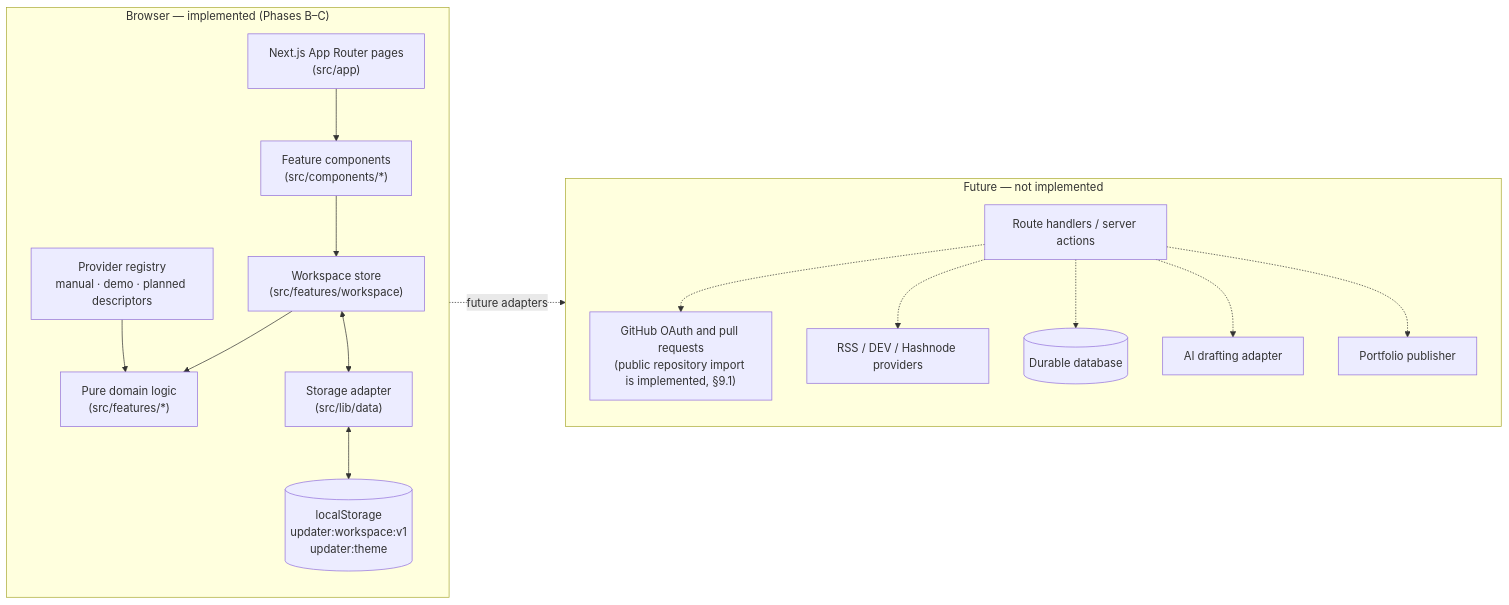
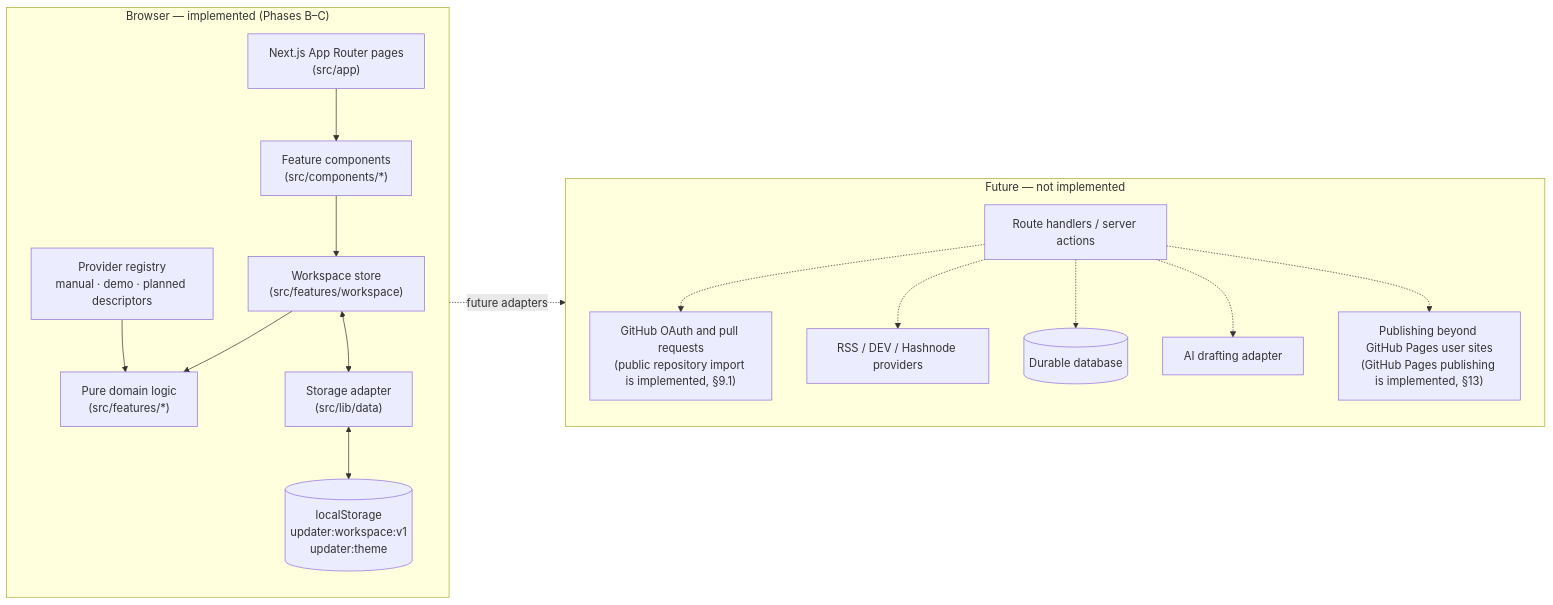
The first of 5 diagrams in architecture.md (tanay9098/Updater), drawn with Mermaid before and after one commit. The commit also changed other lines of this file and 48 other files, not shown here.

````diff
--- a/architecture.md
+++ b/architecture.md
@@ -42,28 +42,28 @@
 ```mermaid
 flowchart LR
   subgraph Browser["Browser — implemented (Phases B–C)"]
     direction TB
     Pages["Next.js App Router pages<br/>(src/app)"]
     Views["Feature components<br/>(src/components/*)"]
     Store["Workspace store<br/>(src/features/workspace)"]
     Domain["Pure domain logic<br/>(src/features/*)"]
     Registry["Provider registry<br/>manual · demo · planned descriptors"]
     Storage["Storage adapter<br/>(src/lib/data)"]
     LS[("localStorage<br/>updater:workspace:v1<br/>updater:theme")]
     Pages --> Views --> Store
     Store --> Domain
     Registry --> Domain
     Store <--> Storage <--> LS
   end
   subgraph Future["Future — not implemented"]
     direction TB
     API["Route handlers / server actions"]
     GH["GitHub OAuth and pull requests<br/>(public repository import is implemented, §9.1)"]
     Blog["RSS / DEV / Hashnode providers"]
     DB[("Durable database")]
     AI["AI drafting adapter"]
-    Pub["Portfolio publisher"]
+    Pub["Publishing beyond GitHub Pages user sites<br/>(GitHub Pages publishing is implemented, §13)"]
   end
   Registry -. "future adapters" .-> API
   API -.-> GH & Blog & DB & AI & Pub
 ```
````
